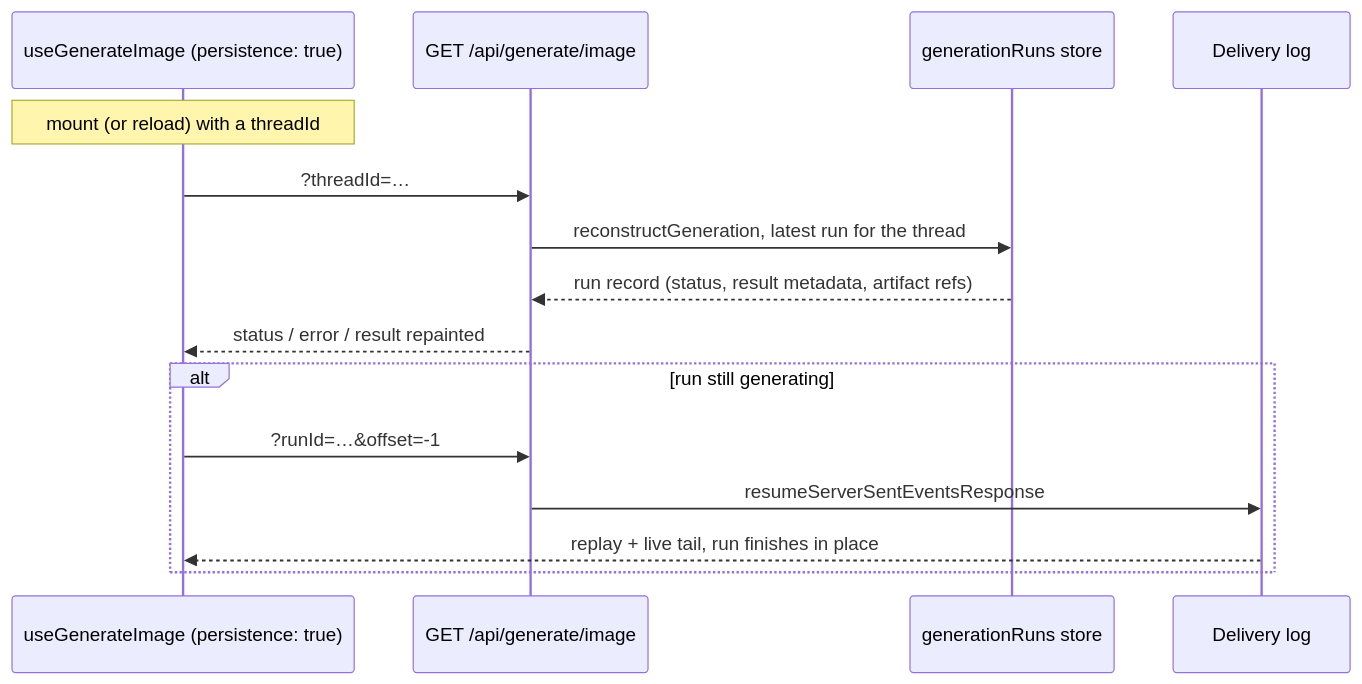
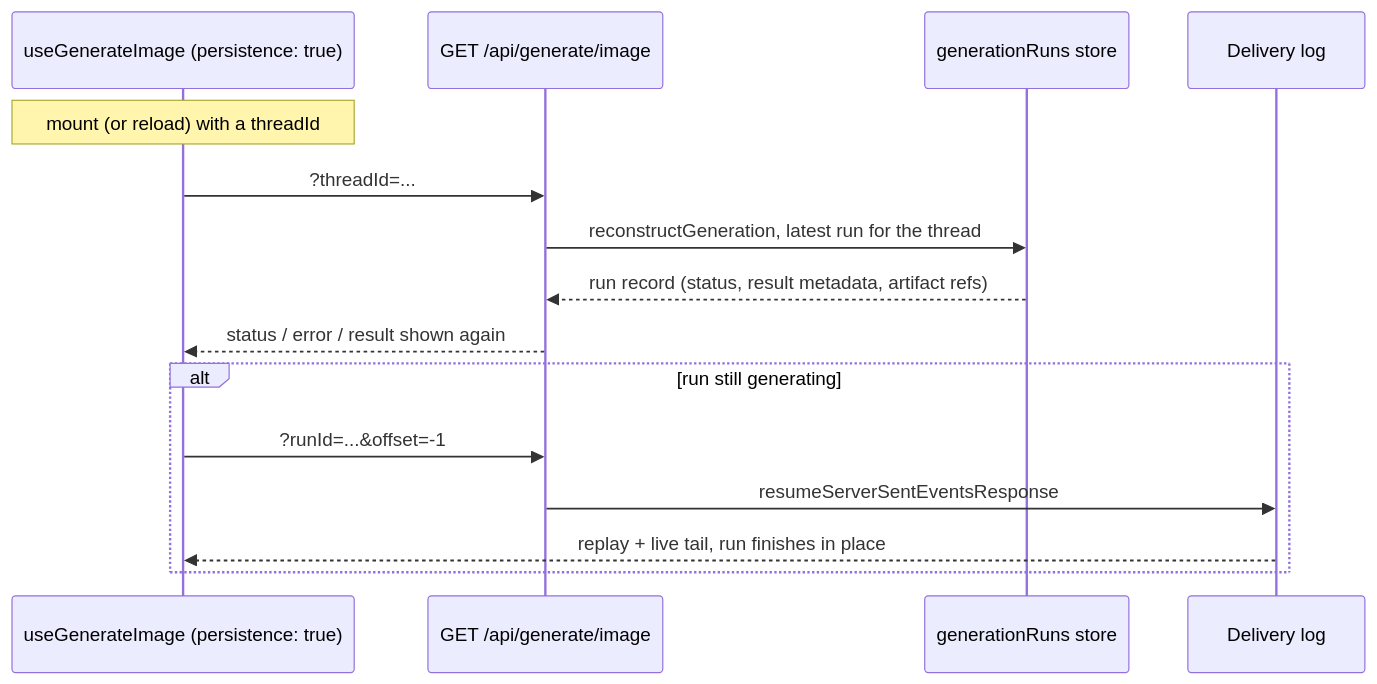
The second of 2 diagrams in docs/persistence/generation-persistence.md (TanStack/ai), drawn with Mermaid before and after one commit. The commit also changed other lines of this file and 253 other files, not shown here.

````diff
--- a/docs/persistence/generation-persistence.md
+++ b/docs/persistence/generation-persistence.md
@@ -190,18 +193,18 @@
 ```mermaid
 sequenceDiagram
     participant Hook as useGenerateImage (persistence: true)
     participant Route as GET /api/generate/image
     participant Runs as generationRuns store
     participant Log as Delivery log
 
     Note over Hook: mount (or reload) with a threadId
-    Hook->>Route: ?threadId=…
+    Hook->>Route: ?threadId=...
     Route->>Runs: reconstructGeneration, latest run for the thread
     Runs-->>Route: run record (status, result metadata, artifact refs)
-    Route-->>Hook: status / error / result repainted
+    Route-->>Hook: status / error / result shown again
     alt run still generating
-        Hook->>Route: ?runId=…&offset=-1
+        Hook->>Route: ?runId=...&offset=-1
         Route->>Log: resumeServerSentEventsResponse
         Log-->>Hook: replay + live tail, run finishes in place
     end
 ```
````
